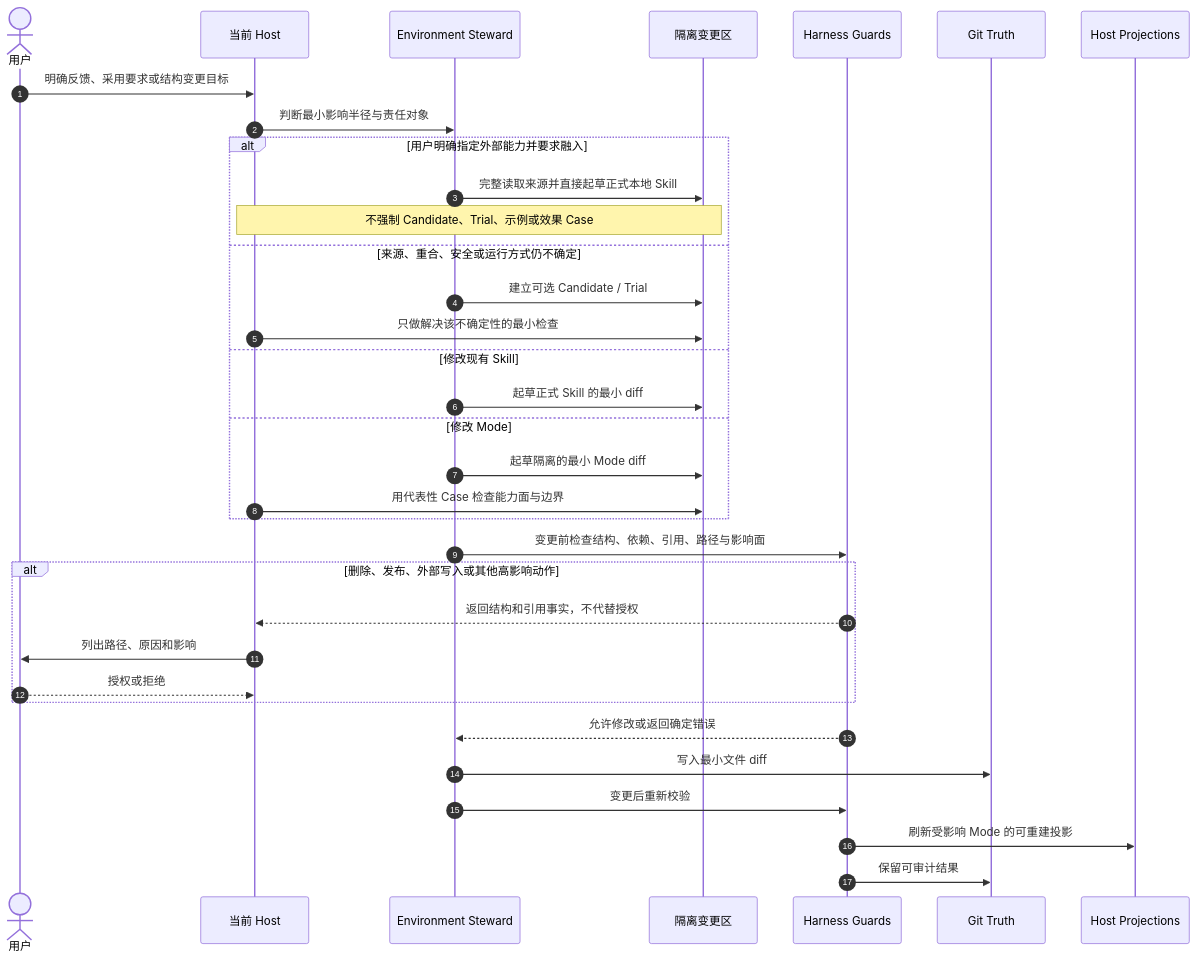
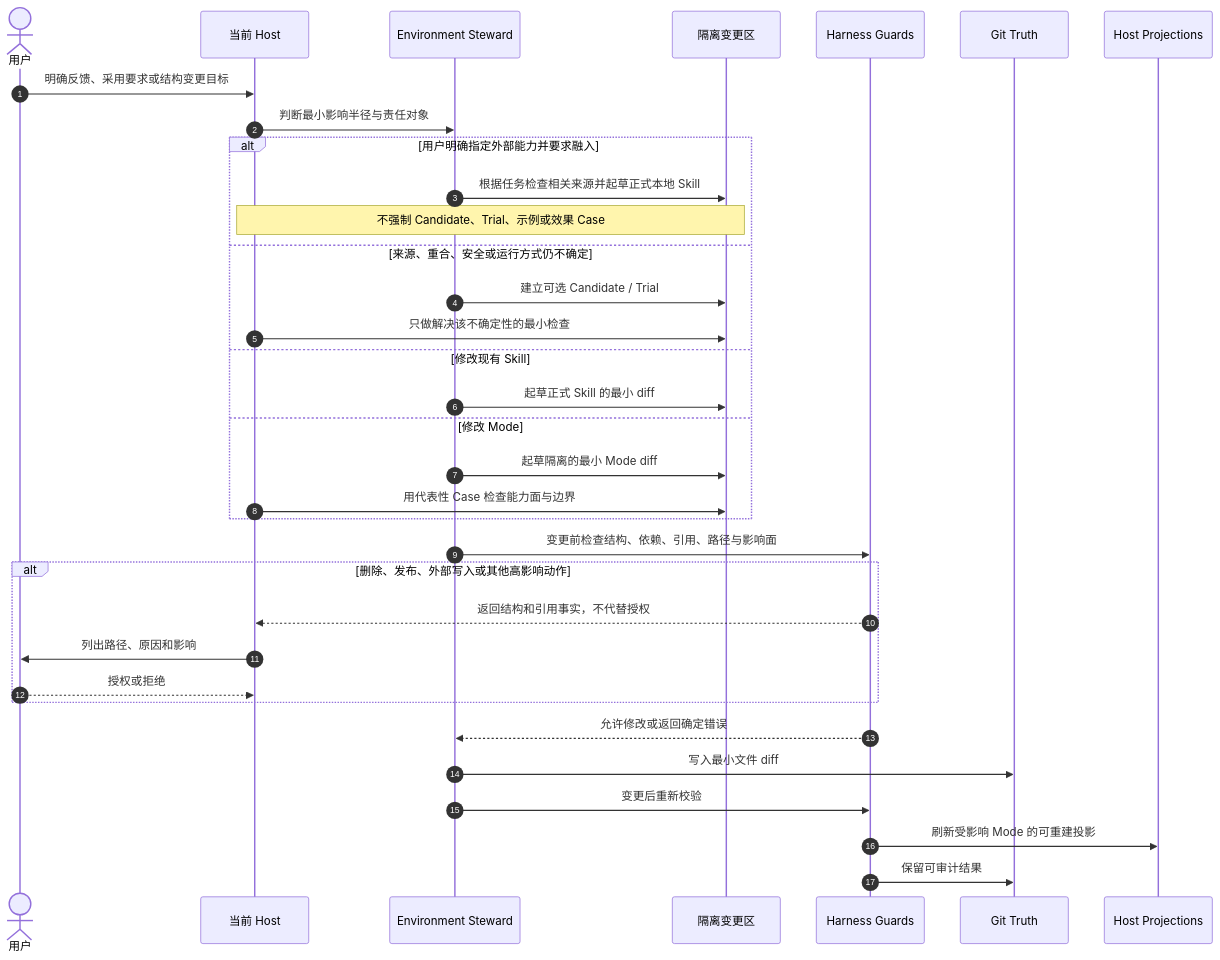
Before and after one commit to qihangzhang-272/asl-harness: diagram 11 of 19 in docs/asl-architecture-views.md, drawn with Mermaid. The commit also changed other lines of this file and 9 other files, not shown here.

````diff
--- a/docs/asl-architecture-views.md
+++ b/docs/asl-architecture-views.md
@@ -625,37 +723,37 @@
 ```mermaid
 sequenceDiagram
     autonumber
     actor U as 用户
     participant H as 当前 Host
     participant E as Environment Steward
     participant W as 隔离变更区
     participant CLI as Harness Guards
     participant G as Git Truth
     participant P as Host Projections
 
     U->>H: 明确反馈、采用要求或结构变更目标
     H->>E: 判断最小影响半径与责任对象
     alt 用户明确指定外部能力并要求融入
-        E->>W: 完整读取来源并直接起草正式本地 Skill
+        E->>W: 根据任务检查相关来源并起草正式本地 Skill
         Note over H,W: 不强制 Candidate、Trial、示例或效果 Case
     else 来源、重合、安全或运行方式仍不确定
         E->>W: 建立可选 Candidate / Trial
         H->>W: 只做解决该不确定性的最小检查
     else 修改现有 Skill
         E->>W: 起草正式 Skill 的最小 diff
     else 修改 Mode
         E->>W: 起草隔离的最小 Mode diff
         H->>W: 用代表性 Case 检查能力面与边界
     end
     E->>CLI: 变更前检查结构、依赖、引用、路径与影响面
     alt 删除、发布、外部写入或其他高影响动作
         CLI-->>H: 返回结构和引用事实，不代替授权
         H->>U: 列出路径、原因和影响
         U-->>H: 授权或拒绝
     end
     CLI-->>E: 允许修改或返回确定错误
     E->>G: 写入最小文件 diff
     E->>CLI: 变更后重新校验
     CLI->>P: 刷新受影响 Mode 的可重建投影
     CLI->>G: 保留可审计结果
 ```
````
